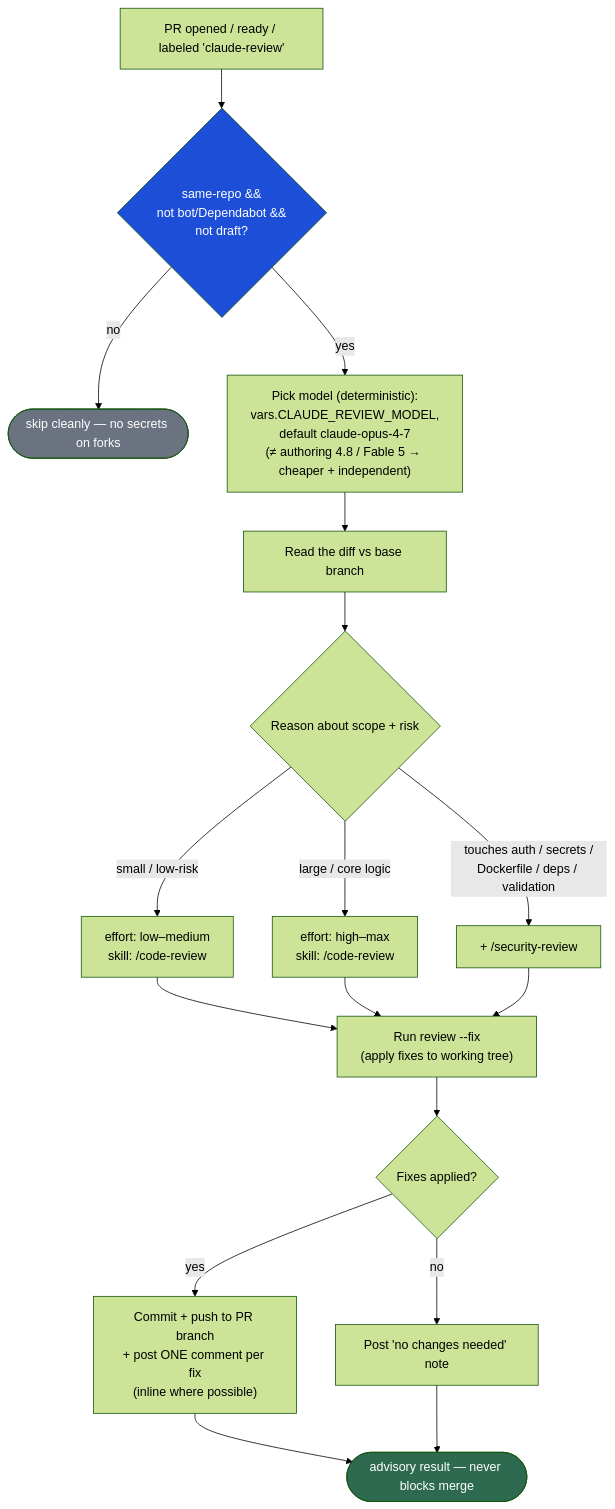
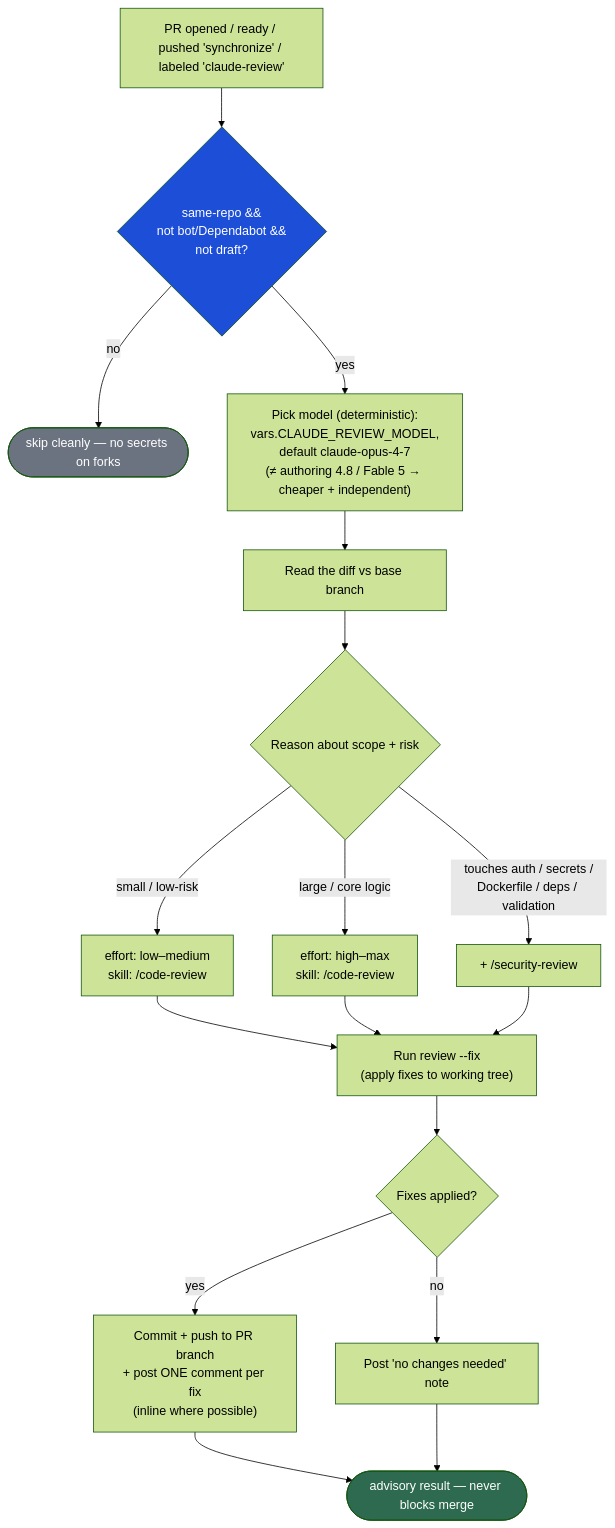
One commit to adamtasteslikegood/tasteslikegoodtheangularsvegancookbook changed the diagram in docs/ci/refresh/diagram-claude-review.md. Above: the diagram before and after it, drawn with Mermaid (forest theme). The commit also changed other lines of this file and 2 other files, not shown here.

First line of the commit message:
ci: review every push to open PRs via synchronize (TAS-3006) [KAN-183]

````diff
--- a/docs/ci/refresh/diagram-claude-review.md
+++ b/docs/ci/refresh/diagram-claude-review.md
@@ -13,20 +13,20 @@
 ```mermaid
 flowchart TD
-    PR[PR opened / ready / labeled 'claude-review'] --> GUARD{same-repo &&<br/>not bot/Dependabot &&<br/>not draft?}
+    PR[PR opened / ready / pushed 'synchronize' / labeled 'claude-review'] --> GUARD{same-repo &&<br/>not bot/Dependabot &&<br/>not draft?}
     GUARD -->|no| SKIP([skip cleanly — no secrets on forks])
     GUARD -->|yes| PICK["Pick model (deterministic):<br/>vars.CLAUDE_REVIEW_MODEL,<br/>default claude-opus-4-7<br/>(≠ authoring 4.8 / Fable 5 → cheaper + independent)"]
     PICK --> DIFF["Read the diff vs base branch"]
     DIFF --> REASON{"Reason about scope + risk"}
     REASON -->|"small / low-risk"| EFFLOW["effort: low–medium<br/>skill: /code-review"]
     REASON -->|"large / core logic"| EFFHIGH["effort: high–max<br/>skill: /code-review"]
     REASON -->|"touches auth / secrets /<br/>Dockerfile / deps / validation"| SEC["+ /security-review"]
     EFFLOW & EFFHIGH & SEC --> RUN["Run review --fix<br/>(apply fixes to working tree)"]
     RUN --> HASFIX{Fixes applied?}
     HASFIX -->|yes| PUSH["Commit + push to PR branch<br/>+ post ONE comment per fix<br/>(inline where possible)"]
     HASFIX -->|no| NOTE["Post 'no changes needed' note"]
     PUSH --> DONE([advisory result — never blocks merge])
     NOTE --> DONE
     style GUARD fill:#1d4ed8,color:#fff
     style DONE fill:#2d6a4f,color:#fff
     style SKIP fill:#6b7280,color:#fff
 ```
````
